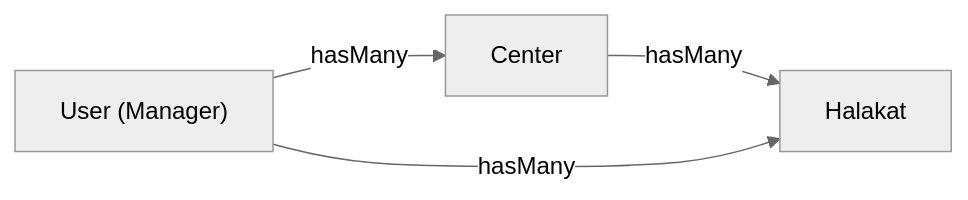
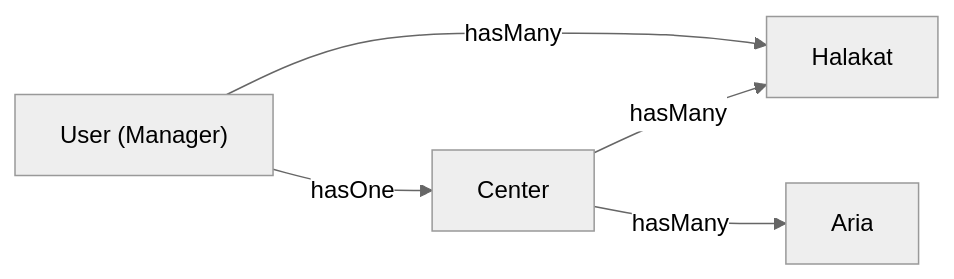
The fifth of 7 diagrams in .qoder/repowiki/en/content/Feature Modules/Center Administration.md (Mreng78/khirocom_project), drawn with Mermaid (neutral theme) before and after one commit. The commit also changed other lines of this file and 13 other files, not shown here.

````diff
--- a/.qoder/repowiki/en/content/Feature Modules/Center Administration.md
+++ b/.qoder/repowiki/en/content/Feature Modules/Center Administration.md
@@ -203,6 +301,7 @@
 ```mermaid
 graph LR
 Center["Center"] --> |hasMany| Halakat["Halakat"]
-User["User (Manager)"] --> |hasMany| Center
+Center --> |hasMany| Aria["Aria"]
+User["User (Manager)"] --> |hasOne| Center
 User --> |hasMany| Halakat
 ```
````
